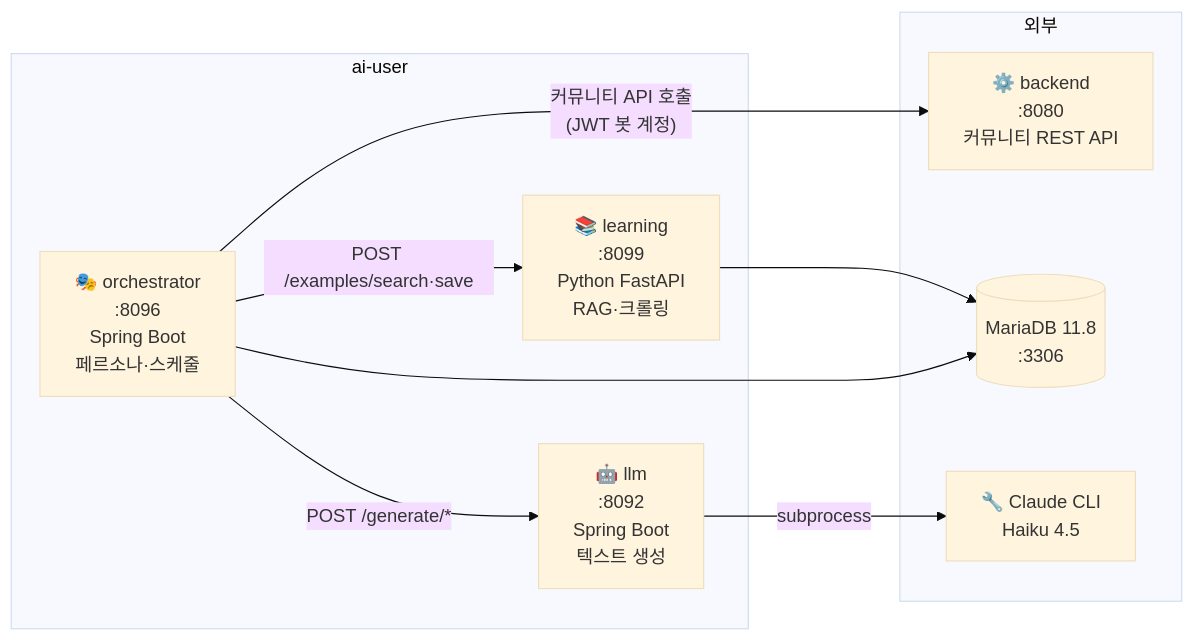
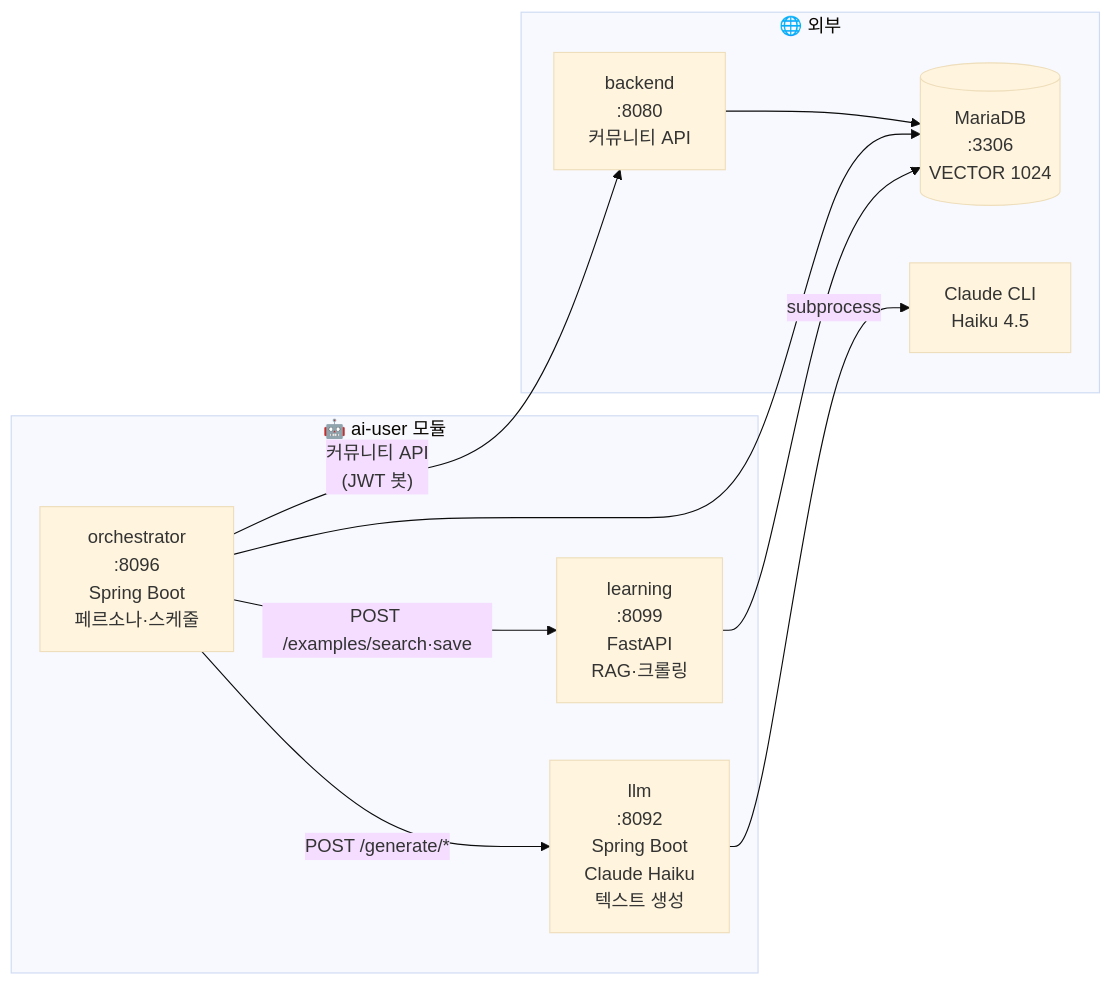
One commit to Justant-source/Again-Spring changed the first of 5 diagrams in ai-user/docs/architecture.md. Above: the diagram before and after it, drawn with Mermaid (base theme). The commit also changed other lines of this file and 45 other files, not shown here.

First line of the commit message:
feat: AI 유저 시스템 — Claude API 연동·prod 오케스트레이터·prod→dev DB 동기화

````diff
--- a/ai-user/docs/architecture.md
+++ b/ai-user/docs/architecture.md
@@ -25,21 +10,22 @@
 ```mermaid
 graph LR
-    subgraph ai-user
-        LLM["🤖 llm<br/>:8092<br/>Spring Boot<br/>텍스트 생성"]
-        ORC["🎭 orchestrator<br/>:8096<br/>Spring Boot<br/>페르소나·스케줄"]
-        LEA["📚 learning<br/>:8099<br/>Python FastAPI<br/>RAG·크롤링"]
+    subgraph ai_user["🤖 ai-user 모듈"]
+        LLM["llm<br/>:8092<br/>Spring Boot<br/>Claude Haiku<br/>텍스트 생성"]
+        ORC["orchestrator<br/>:8096<br/>Spring Boot<br/>페르소나·스케줄"]
+        LEA["learning<br/>:8099<br/>FastAPI<br/>RAG·크롤링"]
     end
-
-    subgraph 외부
-        BE["⚙️ backend<br/>:8080<br/>커뮤니티 REST API"]
-        DB[(MariaDB 11.8<br/>:3306)]
-        CLI["🔧 Claude CLI<br/>Haiku 4.5"]
+    
+    subgraph external["🌐 외부"]
+        BE["backend<br/>:8080<br/>커뮤니티 API"]
+        DB[(MariaDB<br/>:3306<br/>VECTOR 1024)]
+        CLI["Claude CLI<br/>Haiku 4.5"]
     end
-
+    
     ORC -->|"POST /generate/*"| LLM
     ORC -->|"POST /examples/search·save"| LEA
-    ORC -->|"커뮤니티 API 호출<br/>(JWT 봇 계정)"| BE
-    LLM -->|subprocess| CLI
+    ORC -->|"커뮤니티 API<br/>(JWT 봇)"| BE
+    LLM -->|"subprocess"| CLI
     LEA --> DB
     ORC --> DB
+    BE --> DB
 ```
````
